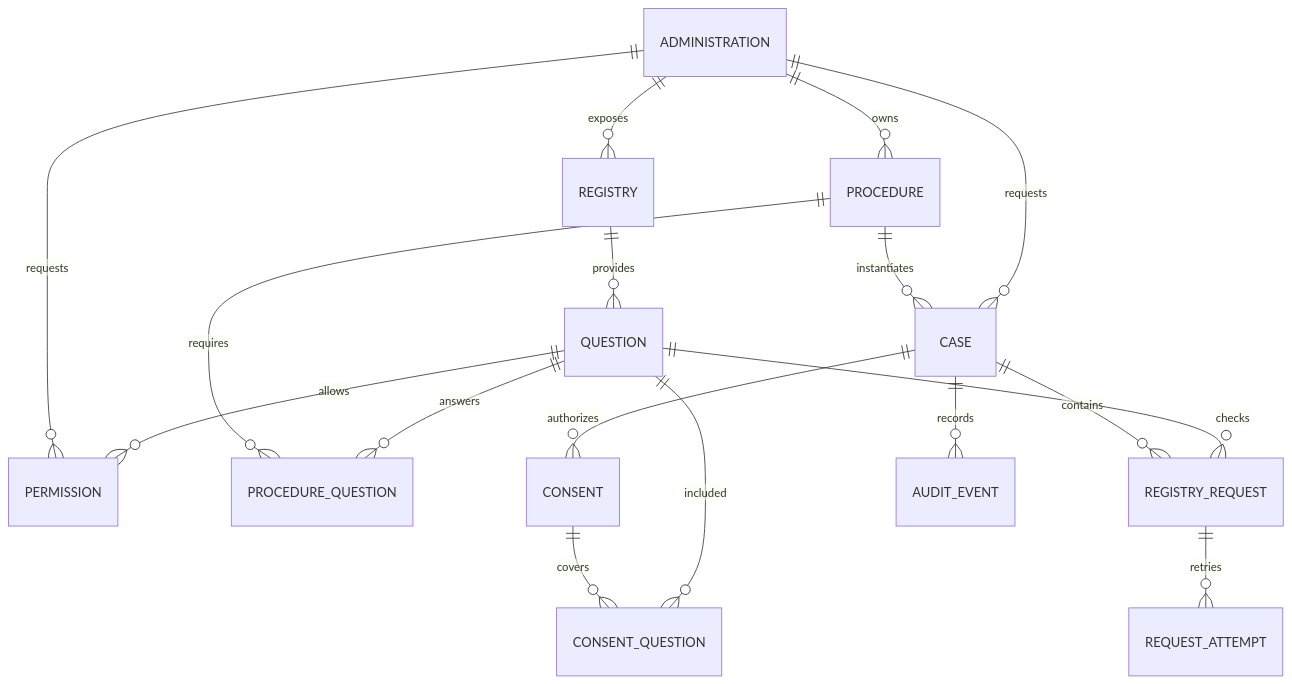
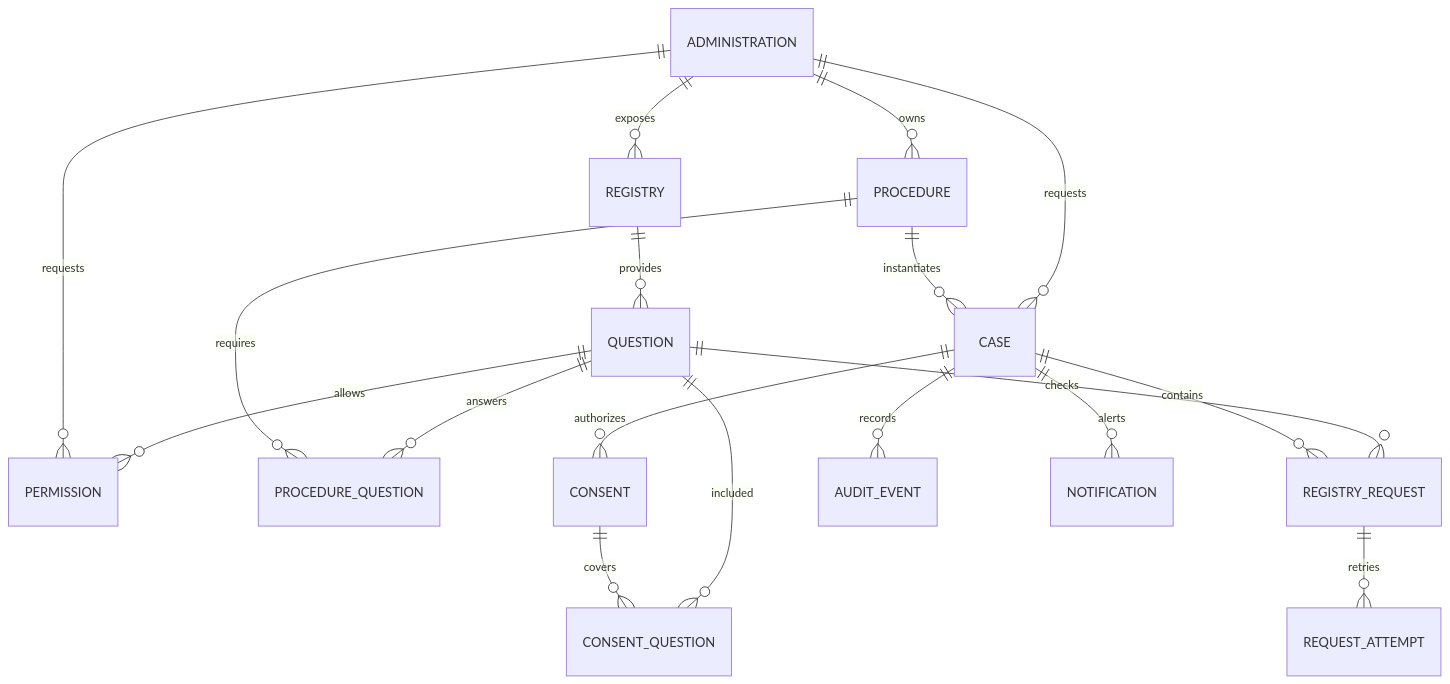
Before and after one commit to zbelem001/alpha2ie_sn2026: the diagram in docs/database-schema.md, drawn with Mermaid. The commit also changed other lines of this file and 7 other files, not shown here.

````diff
--- a/docs/database-schema.md
+++ b/docs/database-schema.md
@@ -20,19 +20,20 @@
 ```mermaid
 erDiagram
     ADMINISTRATION ||--o{ REGISTRY : exposes
     REGISTRY ||--o{ QUESTION : provides
     ADMINISTRATION ||--o{ PERMISSION : requests
     QUESTION ||--o{ PERMISSION : allows
     ADMINISTRATION ||--o{ PROCEDURE : owns
     PROCEDURE ||--o{ PROCEDURE_QUESTION : requires
     QUESTION ||--o{ PROCEDURE_QUESTION : answers
     PROCEDURE ||--o{ CASE : instantiates
     ADMINISTRATION ||--o{ CASE : requests
     CASE ||--o{ CONSENT : authorizes
     CONSENT ||--o{ CONSENT_QUESTION : covers
     QUESTION ||--o{ CONSENT_QUESTION : included
     CASE ||--o{ REGISTRY_REQUEST : contains
     QUESTION ||--o{ REGISTRY_REQUEST : checks
     REGISTRY_REQUEST ||--o{ REQUEST_ATTEMPT : retries
     CASE ||--o{ AUDIT_EVENT : records
+    CASE ||--o{ NOTIFICATION : alerts
 ```
````
